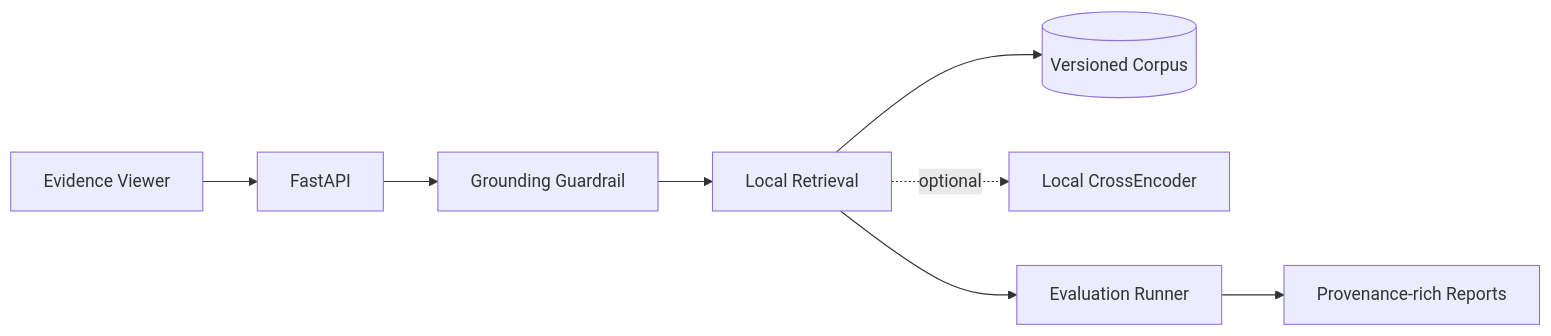
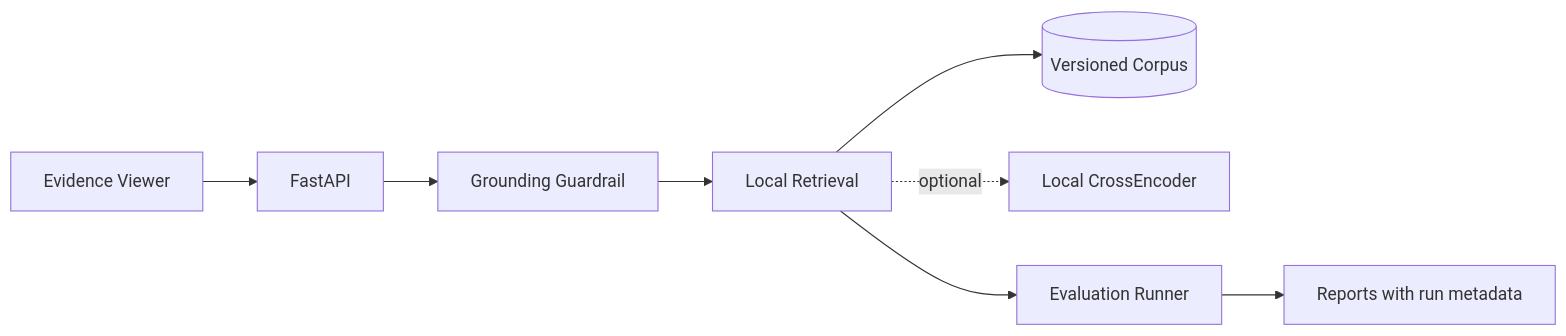
Before and after one commit to SCUliujiacheng/evidence-rag-bench: the diagram in README.md, drawn with Mermaid. The commit also changed other lines of this file and 7 other files, not shown here.

````diff
--- a/README.md
+++ b/README.md
@@ -46,10 +46,10 @@
 ```mermaid
 flowchart LR
     UI[Evidence Viewer] --> API[FastAPI]
     API --> Guard[Grounding Guardrail]
     Guard --> Retrieval[Local Retrieval]
     Retrieval --> Corpus[(Versioned Corpus)]
     Retrieval -. optional .-> Reranker[Local CrossEncoder]
     Retrieval --> Eval[Evaluation Runner]
-    Eval --> Reports[Provenance-rich Reports]
+    Eval --> Reports[Reports with run metadata]
 ```
````
